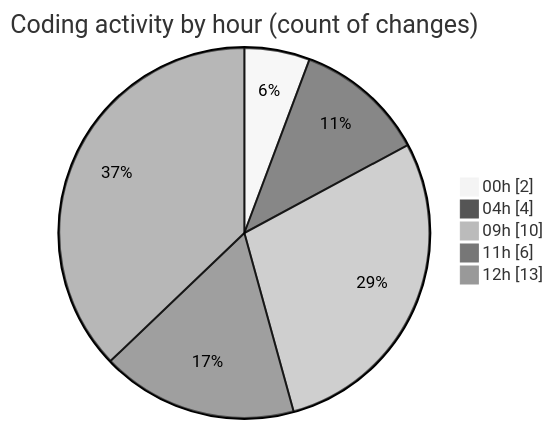
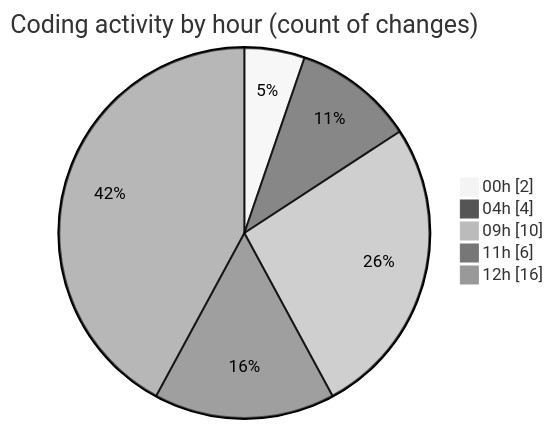
Before and after one commit to julien-gomy/code-tracking: the second of 2 diagrams in 2025-10-28/eventscop-frontend-guide__workspace_/README.md, drawn with Mermaid (neutral theme). The commit also changed other lines of this file and 1 other file, not shown here.

````diff
--- a/2025-10-28/eventscop-frontend-guide__workspace_/README.md
+++ b/2025-10-28/eventscop-frontend-guide__workspace_/README.md
@@ -38,9 +40,9 @@
 ```mermaid
 pie showData
 title Coding activity by hour (count of changes)
 "00h" : 2
 "04h" : 4
 "09h" : 10
 "11h" : 6
-"12h" : 13
+"12h" : 16
 ```
````
